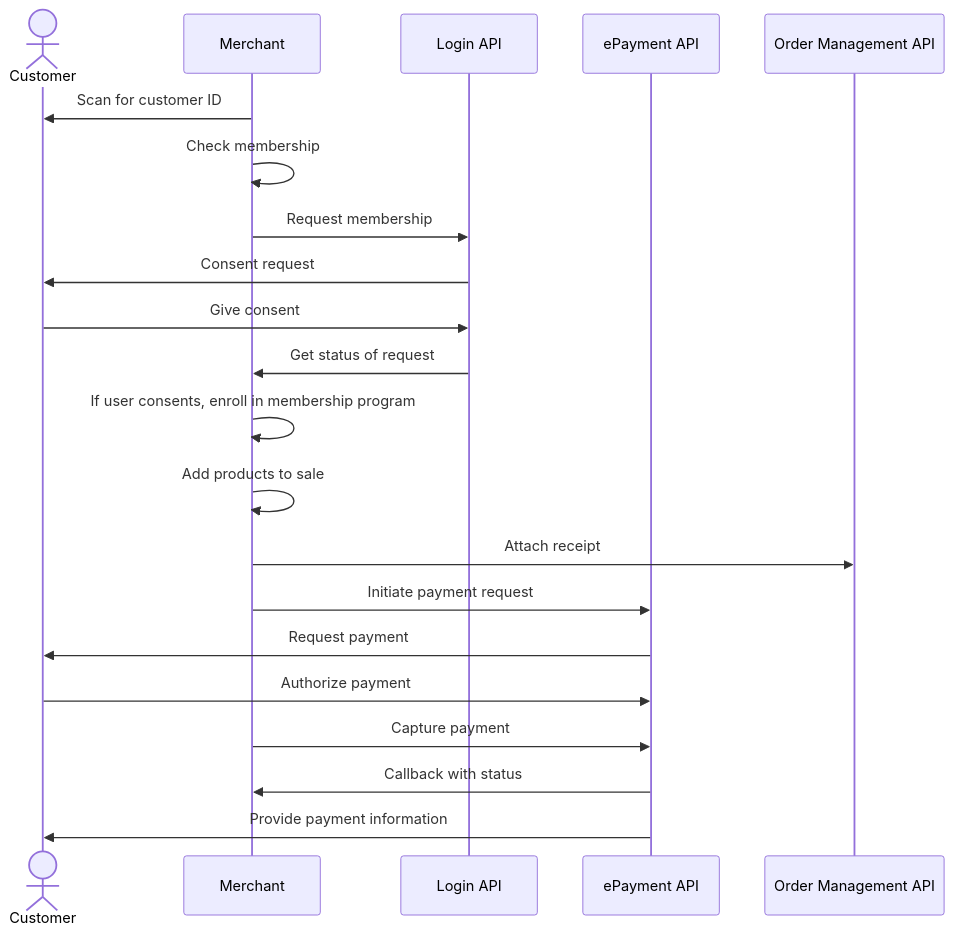
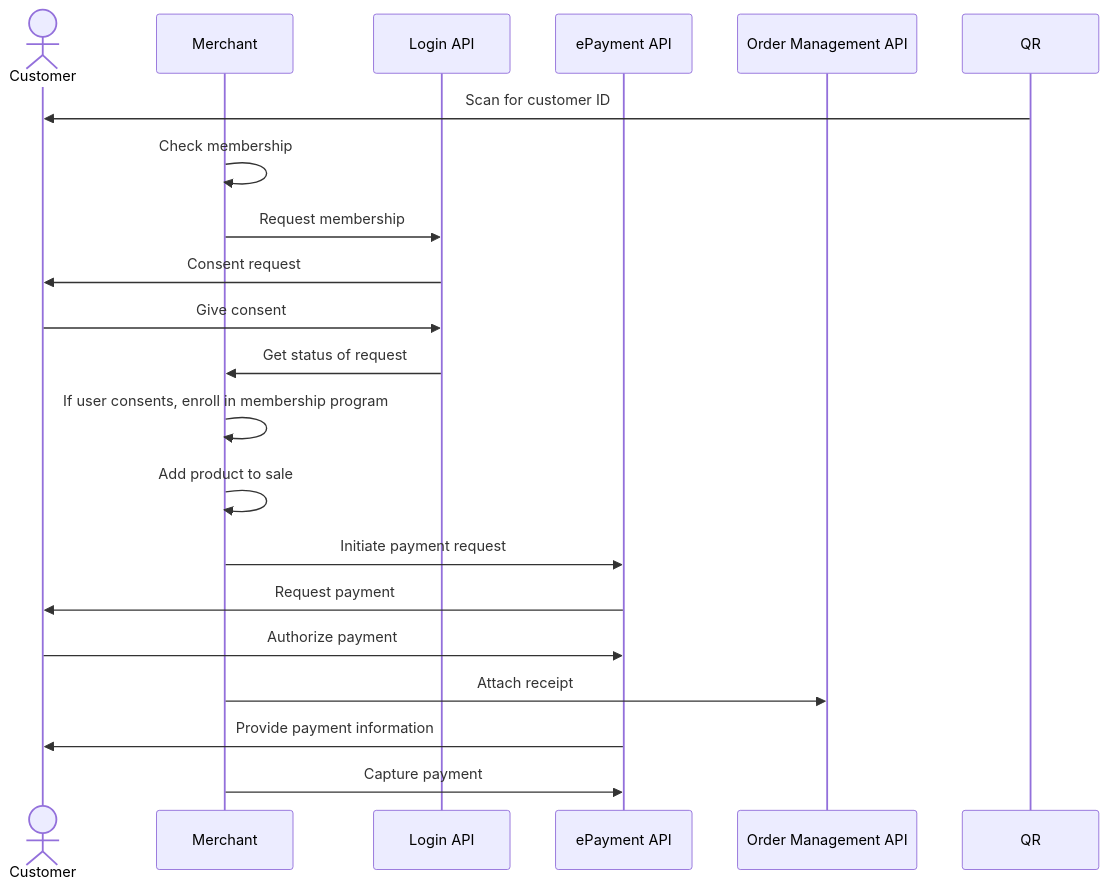
The diagram in loyalty-in-pos/README.md (vippsas/vipps-solutions), drawn with Mermaid before and after one commit. The commit also changed 10 other files, not shown here.

Commit message:
Align and simplify all sequence diagrams

````diff
--- a/loyalty-in-pos/README.md
+++ b/loyalty-in-pos/README.md
@@ -156,23 +156,23 @@
 ``` mermaid
 sequenceDiagram
     actor C as Customer
     participant M as Merchant
     participant login as Login API
     participant ePayment as ePayment API
     participant ordermanagement as Order Management API
-    M->>C: Scan for customer ID
+
+    QR->>C: Scan for customer ID
     M->>M: Check membership
     M->>login: Request membership
     login->>C: Consent request
     C->>login: Give consent
     login->>M: Get status of request
     M->>M: If user consents, enroll in membership program
-    M->>M: Add products to sale
-    M->> ordermanagement: Attach receipt
+    M->>M: Add product to sale
     M->>ePayment: Initiate payment request
     ePayment->>C: Request payment
     C->>ePayment: Authorize payment
+    M->> ordermanagement: Attach receipt
+    ePayment->>C: Provide payment information
     M->>ePayment: Capture payment
-    ePayment->>M: Callback with status
-    ePayment->>C: Provide payment information
 ```
````
